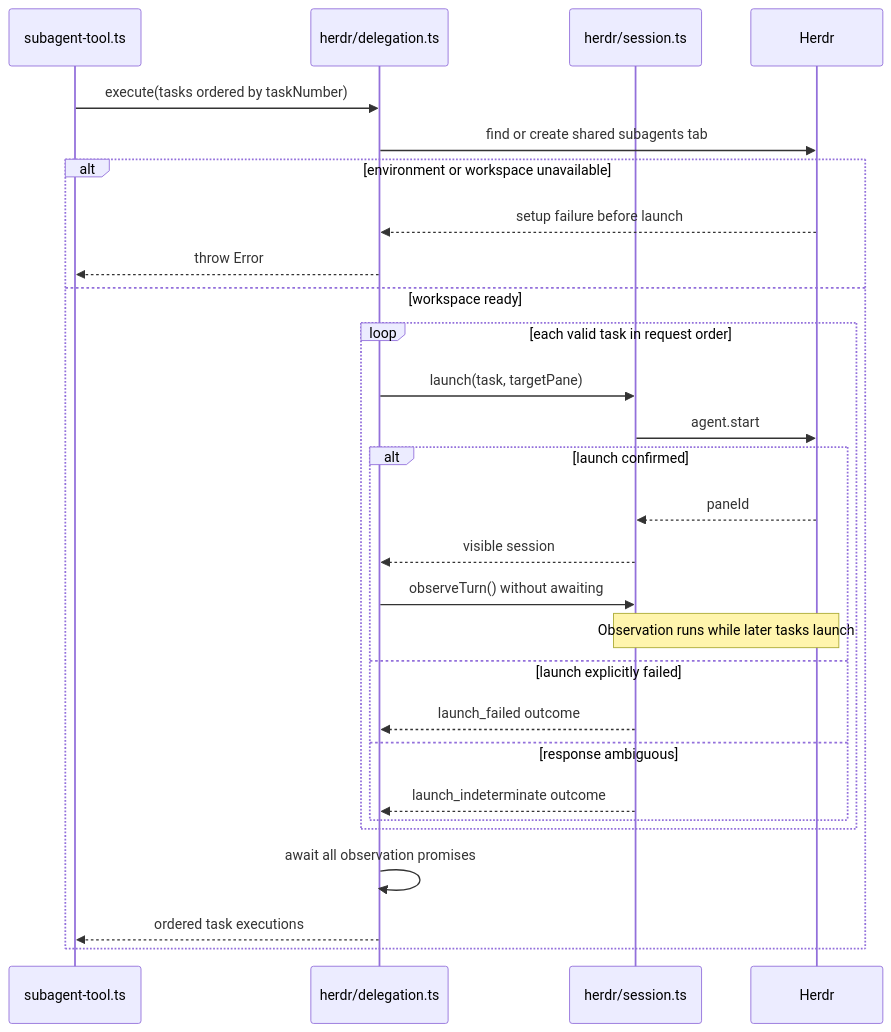
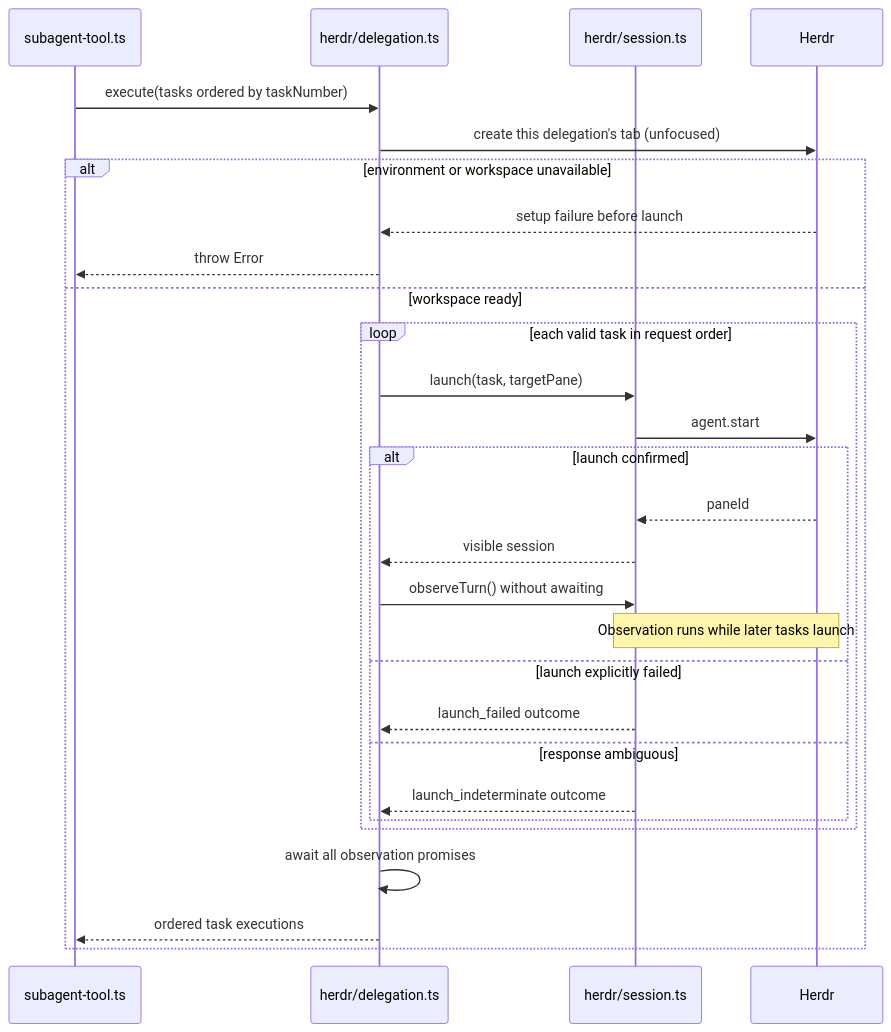
Before and after one commit to SandyJackson/pi-monorepo: the sixth of 13 diagrams in docs/reference/subagents_refactor_structure.md, drawn with Mermaid. The commit also changed other lines of this file and 7 other files, not shown here.

First line of the commit message:
feat(herdr-subagent): create a new tab per delegation (#13)

````diff
--- a/docs/reference/subagents_refactor_structure.md
+++ b/docs/reference/subagents_refactor_structure.md
@@ -237,31 +237,31 @@
 ```mermaid
 sequenceDiagram
     participant Tool as subagent-tool.ts
     participant Delegation as herdr/delegation.ts
     participant Session as herdr/session.ts
     participant Herdr
 
     Tool->>Delegation: execute(tasks ordered by taskNumber)
-    Delegation->>Herdr: find or create shared subagents tab
+    Delegation->>Herdr: create this delegation's tab (unfocused)
     alt environment or workspace unavailable
         Herdr-->>Delegation: setup failure before launch
         Delegation-->>Tool: throw Error
     else workspace ready
         loop each valid task in request order
             Delegation->>Session: launch(task, targetPane)
             Session->>Herdr: agent.start
             alt launch confirmed
                 Herdr-->>Session: paneId
                 Session-->>Delegation: visible session
                 Delegation->>Session: observeTurn() without awaiting
                 Note over Session,Herdr: Observation runs while later tasks launch
             else launch explicitly failed
                 Session-->>Delegation: launch_failed outcome
             else response ambiguous
                 Session-->>Delegation: launch_indeterminate outcome
             end
         end
         Delegation->>Delegation: await all observation promises
         Delegation-->>Tool: ordered task executions
     end
 ```
````
